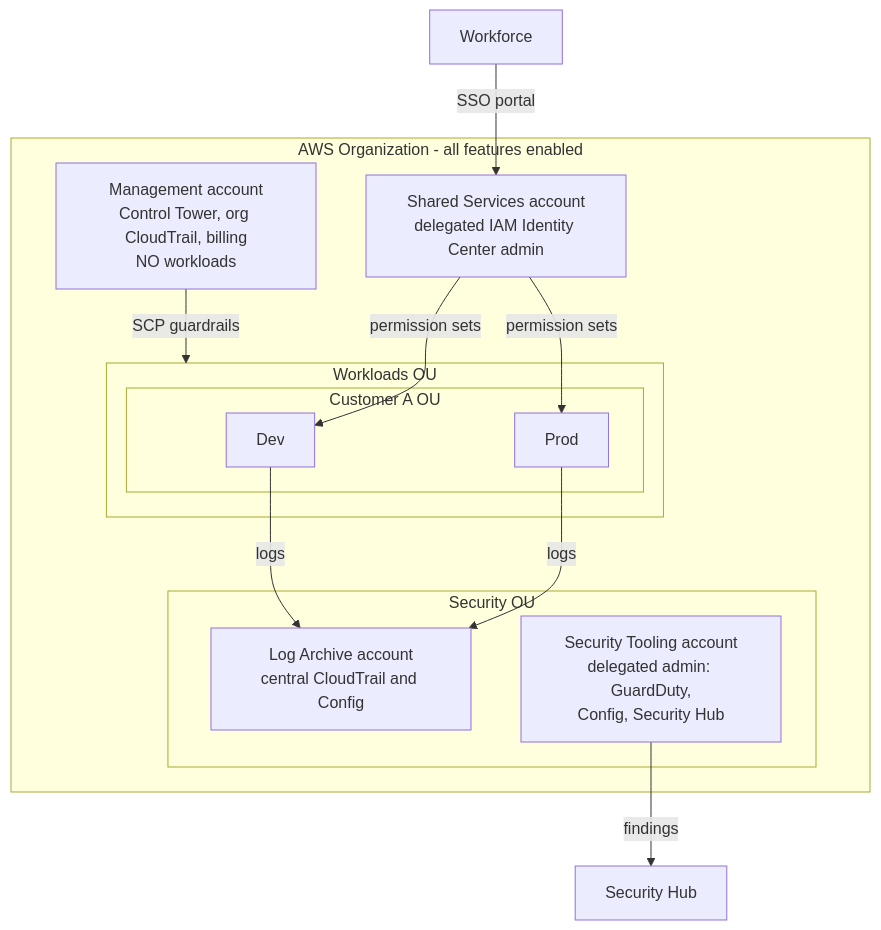
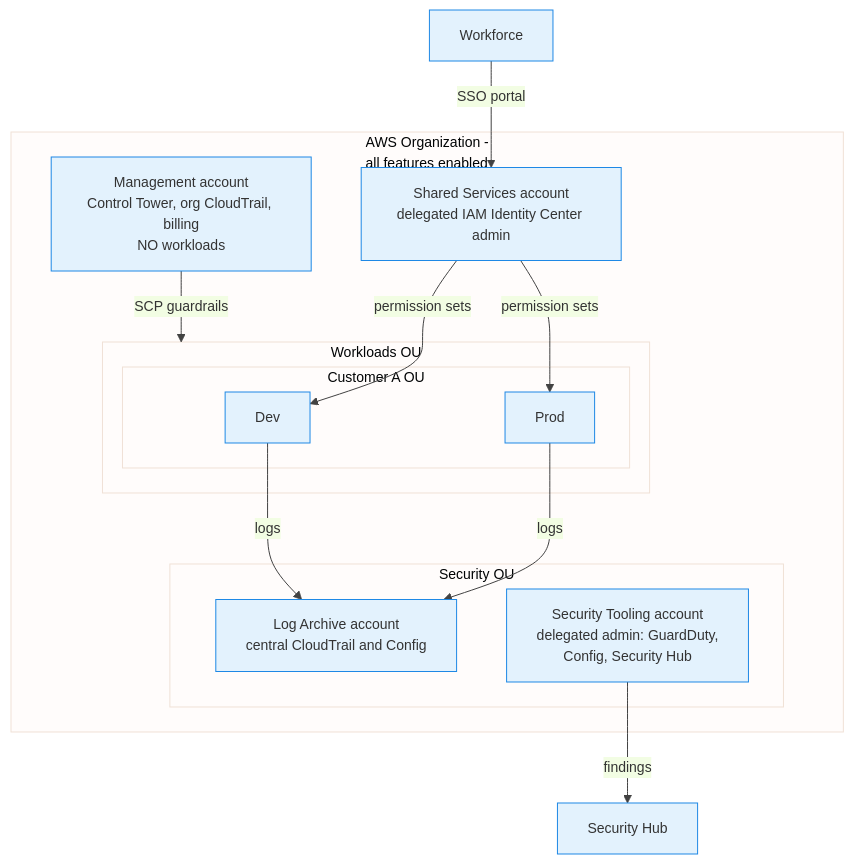
Diagram 17 of 18 in aws_cloud_technical_essentials_book/13-multi-account-strategies.qmd (senthilkumarm1901/learn_by_blogging), drawn with Mermaid before and after one commit. The commit also changed other lines of this file and 3 other files, not shown here.

Commit message:
updated diagrams, business cases used

````diff
--- a/aws_cloud_technical_essentials_book/13-multi-account-strategies.qmd
+++ b/aws_cloud_technical_essentials_book/13-multi-account-strategies.qmd
@@ -391,24 +432,25 @@
 ```{mermaid}
+%%{init: {'theme': 'base', 'themeVariables': {'primaryColor': '#E3F2FD', 'primaryBorderColor': '#1E88E5', 'lineColor': '#424242', 'fontSize': '14px'}}}%%
 flowchart TD
-    subgraph Org["AWS Organization - all features enabled"]
+    subgraph Org["AWS Organization -<br>all features enabled"]
         MGMT["Management account<br>Control Tower, org CloudTrail, billing<br>NO workloads"]
         subgraph SecOU["Security OU"]
             LOGACC["Log Archive account<br>central CloudTrail and Config"]
             TOOL["Security Tooling account<br>delegated admin: GuardDuty,<br>Config, Security Hub"]
         end
         SS["Shared Services account<br>delegated IAM Identity Center admin"]
         subgraph WL["Workloads OU"]
             subgraph CustA["Customer A OU"]
                 DEVA["Dev"]
                 PRDA["Prod"]
             end
         end
     end
     USER["Workforce"] -->|SSO portal| SS
     SS -->|permission sets| DEVA
     SS -->|permission sets| PRDA
     MGMT -->|SCP guardrails| WL
     DEVA -->|logs| LOGACC
     PRDA -->|logs| LOGACC
     TOOL -->|findings| SEChub["Security Hub"]
 ```
````
